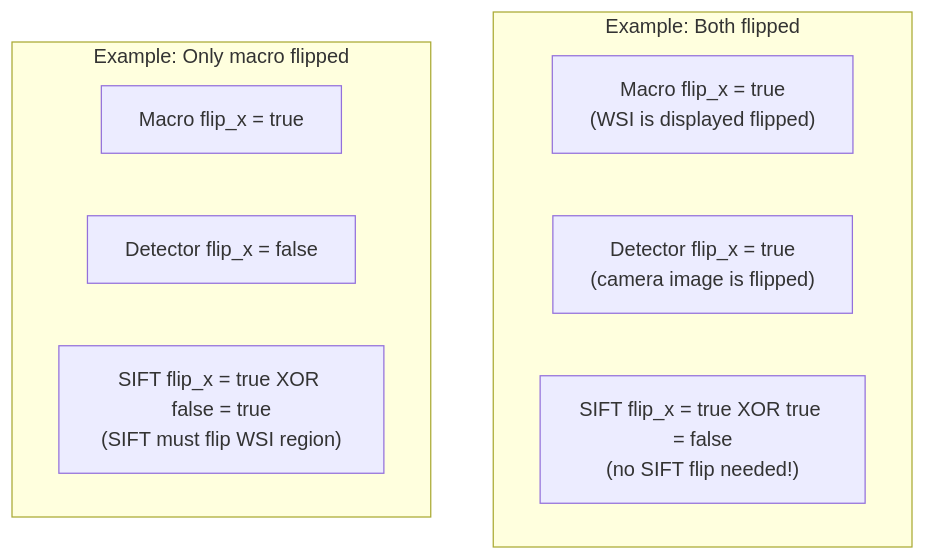
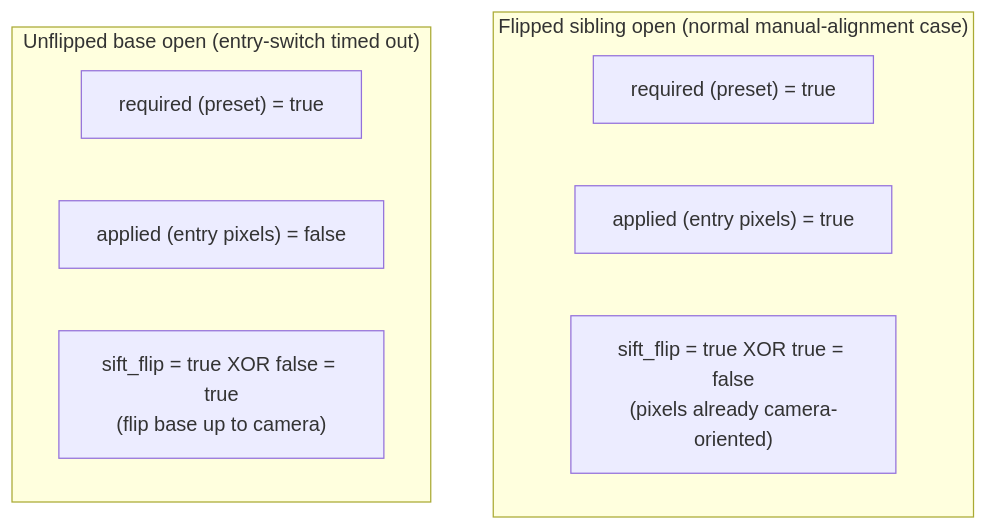
The third of 4 diagrams in documentation/developer/COORDINATE_TRANSFORMS.md (uw-loci/qupath-extension-qpsc), drawn with Mermaid before and after one commit. The commit also changed other lines of this file and 1 other file, not shown here.

First line of the commit message:
fix(sift): send the RESIDUAL flip, not the flip already baked into the sibling

````diff
--- a/documentation/developer/COORDINATE_TRANSFORMS.md
+++ b/documentation/developer/COORDINATE_TRANSFORMS.md
@@ -298,14 +313,14 @@
 ```mermaid
 graph TB
-    subgraph "Example: Both flipped"
-        M1["Macro flip_x = true<br/>(WSI is displayed flipped)"]
-        D1["Detector flip_x = true<br/>(camera image is flipped)"]
-        R1["SIFT flip_x = true XOR true = false<br/>(no SIFT flip needed!)"]
+    subgraph "Flipped sibling open (normal manual-alignment case)"
+        A1["required (preset) = true"]
+        B1["applied (entry pixels) = true"]
+        R1["sift_flip = true XOR true = false<br/>(pixels already camera-oriented)"]
     end
 
-    subgraph "Example: Only macro flipped"
-        M2["Macro flip_x = true"]
-        D2["Detector flip_x = false"]
-        R2["SIFT flip_x = true XOR false = true<br/>(SIFT must flip WSI region)"]
+    subgraph "Unflipped base open (entry-switch timed out)"
+        A2["required (preset) = true"]
+        B2["applied (entry pixels) = false"]
+        R2["sift_flip = true XOR false = true<br/>(flip base up to camera)"]
     end
 ```
````
